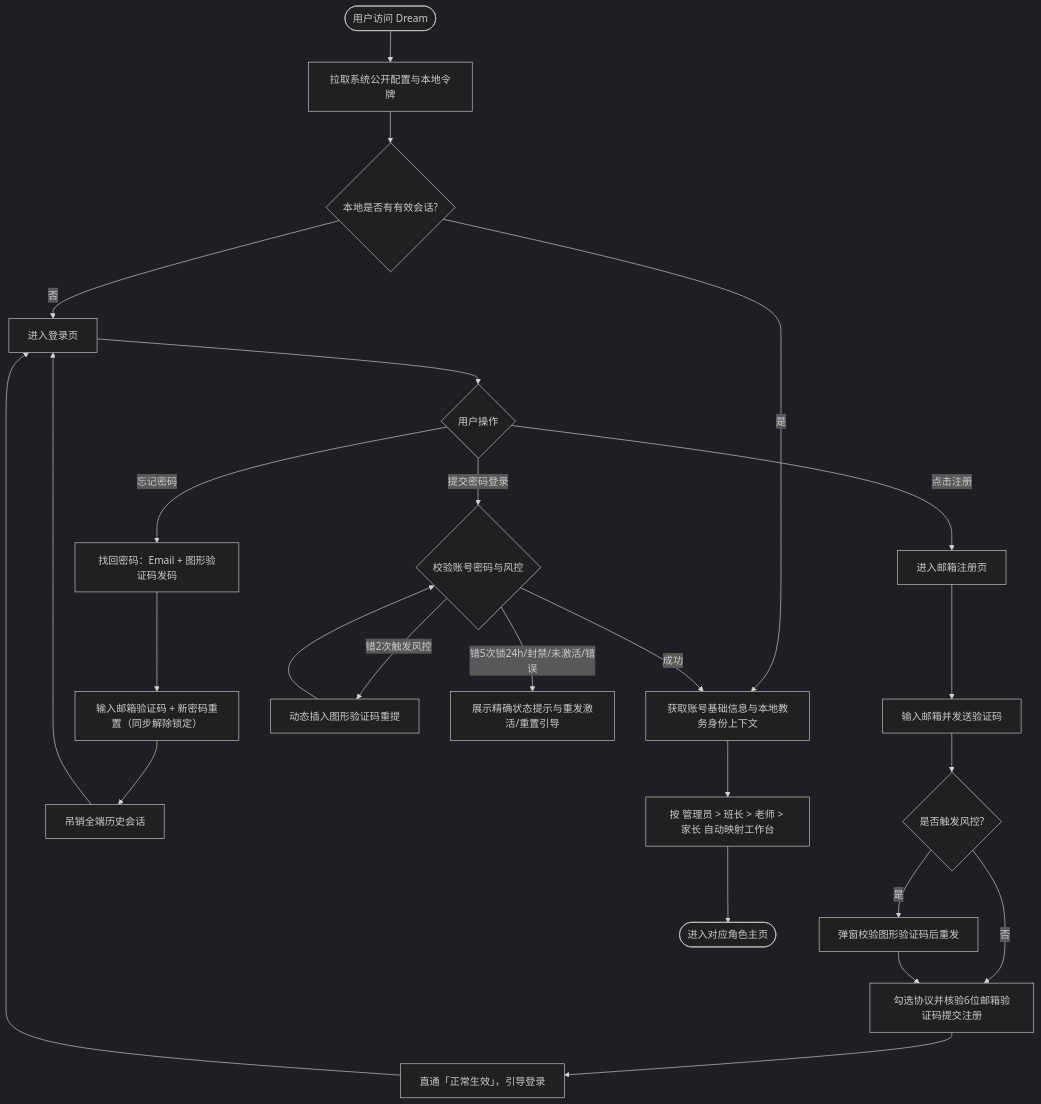
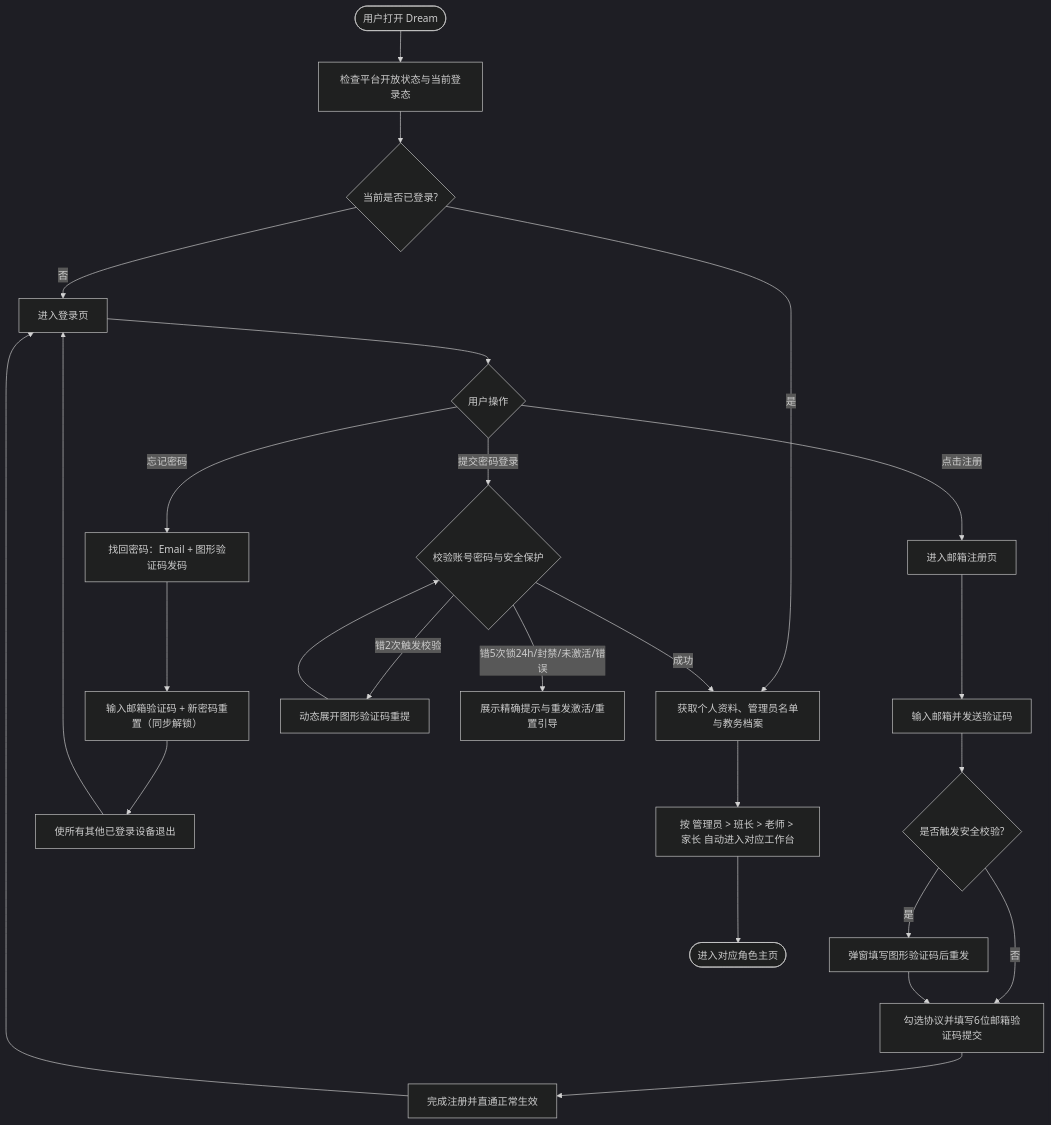
Before and after one commit to Onezao/dream: the fourth of 4 diagrams in docs/prd/m0a_auth_and_account.md, drawn with Mermaid (dark theme). The commit also changed other lines of this file and 23 other files, not shown here.

````diff
--- a/docs/prd/m0a_auth_and_account.md
+++ b/docs/prd/m0a_auth_and_account.md
@@ -393,29 +398,29 @@
 ```mermaid
 flowchart TD
-    Start([用户访问 Dream]) --> CheckConfig[拉取系统公开配置与本地令牌]
-    CheckConfig --> HasToken{本地是否有有效会话?}
-    HasToken -- 是 --> FetchContext[获取账号基础信息与本地教务身份上下文]
-    HasToken -- 否 --> LoginPage[进入登录页]
+    Start([用户打开 Dream]) --> CheckConfig[检查平台开放状态与当前登录态]
+    CheckConfig --> HasLogin{当前是否已登录?}
+    HasLogin -- 是 --> FetchContext[获取个人资料、管理员名单与教务档案]
+    HasLogin -- 否 --> LoginPage[进入登录页]
 
     LoginPage --> Action{用户操作}
     Action -- 点击注册 --> SignupPage[进入邮箱注册页]
     SignupPage --> SendCode[输入邮箱并发送验证码]
-    SendCode --> Captcha1{是否触发风控?}
-    Captcha1 -- 是 --> ShowCap1[弹窗校验图形验证码后重发]
-    Captcha1 -- 否 --> CheckPolicy[勾选协议并核验6位邮箱验证码提交注册]
+    SendCode --> Captcha1{是否触发安全校验?}
+    Captcha1 -- 是 --> ShowCap1[弹窗填写图形验证码后重发]
+    Captcha1 -- 否 --> CheckPolicy[勾选协议并填写6位邮箱验证码提交]
     ShowCap1 --> CheckPolicy
-    CheckPolicy --> SignupOk[直通「正常生效」，引导登录] --> LoginPage
+    CheckPolicy --> SignupOk[完成注册并直通正常生效] --> LoginPage
 
     Action -- 忘记密码 --> ForgotPage[找回密码：Email + 图形验证码发码]
-    ForgotPage --> ResetPwd[输入邮箱验证码 + 新密码重置（同步解除锁定）]
-    ResetPwd --> KickOld[吊销全端历史会话] --> LoginPage
+    ForgotPage --> ResetPwd[输入邮箱验证码 + 新密码重置（同步解锁）]
+    ResetPwd --> KickOld[使所有其他已登录设备退出] --> LoginPage
 
-    Action -- 提交密码登录 --> VerifyLogin{校验账号密码与风控}
-    VerifyLogin -- 错2次触发风控 --> DynamicCap[动态插入图形验证码重提]
+    Action -- 提交密码登录 --> VerifyLogin{校验账号密码与安全保护}
+    VerifyLogin -- 错2次触发校验 --> DynamicCap[动态展开图形验证码重提]
     DynamicCap --> VerifyLogin
-    VerifyLogin -- 错5次锁24h/封禁/未激活/错误 --> ShowErr[展示精确状态提示与重发激活/重置引导]
+    VerifyLogin -- 错5次锁24h/封禁/未激活/错误 --> ShowErr[展示精确提示与重发激活/重置引导]
     VerifyLogin -- 成功 --> FetchContext
 
-    FetchContext --> MapWorkspace[按 管理员 > 班长 > 老师 > 家长 自动映射工作台]
+    FetchContext --> MapWorkspace[按 管理员 > 班长 > 老师 > 家长 自动进入对应工作台]
     MapWorkspace --> End([进入对应角色主页])
 ```
````
